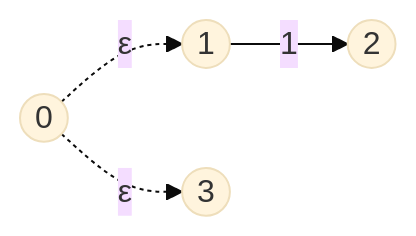
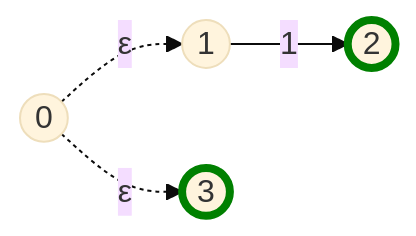
Before and after one commit to LeweyM/LeweyM.github.io: diagram 11 of 11 in personal-site/content/series/making regex from scratch in GO/08-Epsilons.md, drawn with Mermaid (base theme). The commit also changed other lines of this file, not shown here.

````diff
--- a/personal-site/content/series/making regex from scratch in GO/08-Epsilons.md
+++ b/personal-site/content/series/making regex from scratch in GO/08-Epsilons.md
@@ -453,6 +459,8 @@
 ```mermaid
 graph LR 
 0((0)) -."ε".-> 1((1)) 
 0((0)) -."ε".-> 3((3)) 
 1((1)) --"1"--> 2((2))
+style 3 stroke:green,stroke-width:4px;
+style 2 stroke:green,stroke-width:4px;
 ```
````
